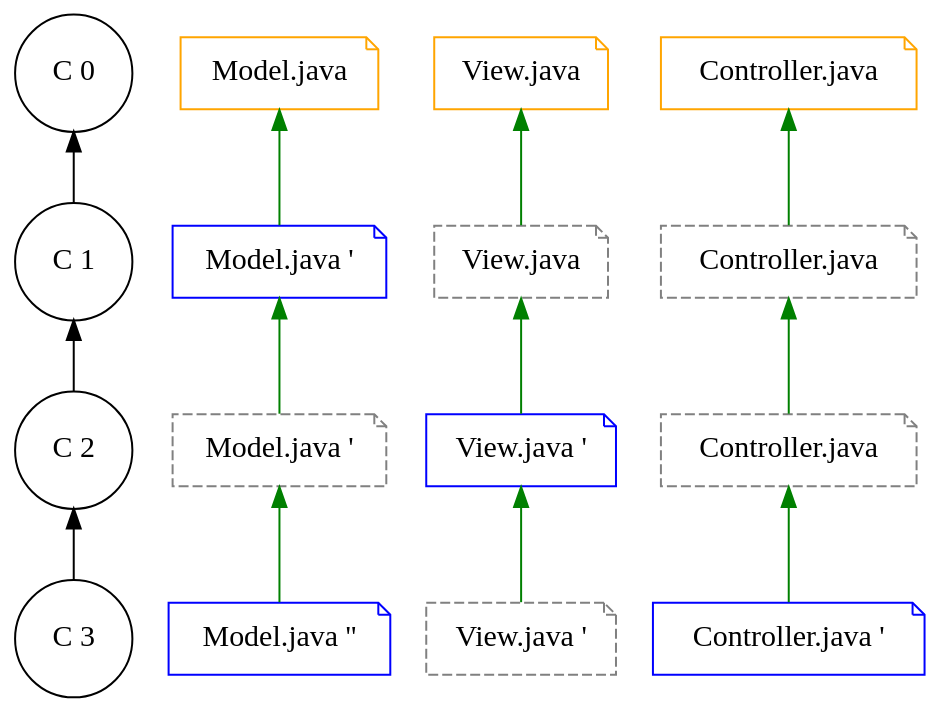
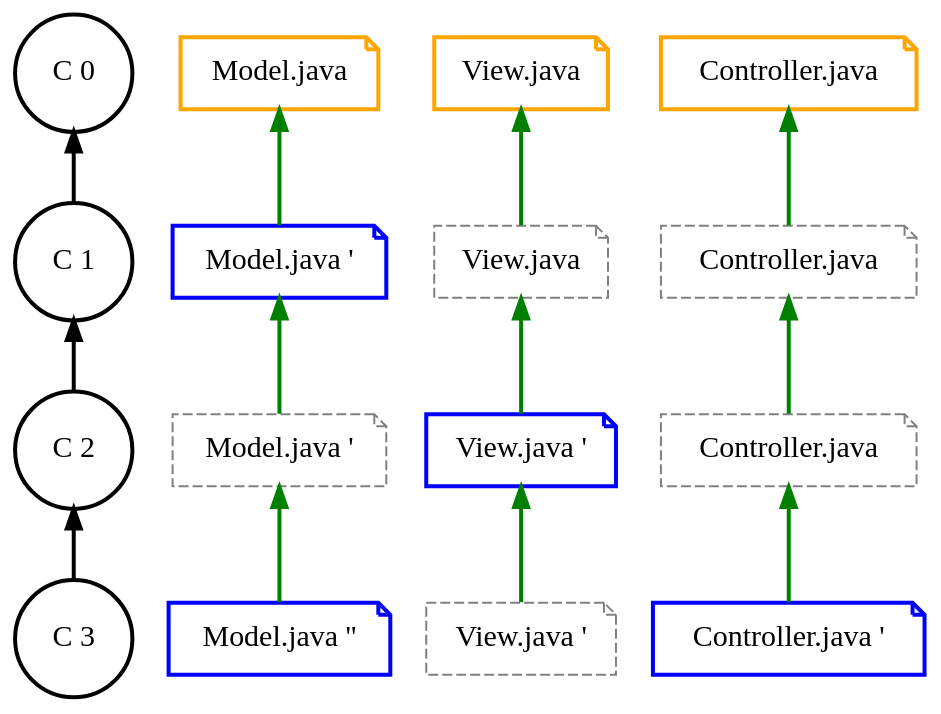
One commit to Gepardec/git-training changed the diagram in slides/intro/src/docs/asciidoc/graphviz/git-data-storage.dot. Above: the diagram before and after it, drawn with Graphviz. The commit also changed 31 other files, not shown here.

Commit message:
Removed unused graphviz files. Modified all graphviz graphs to use bold nodes and arrows. Little changes in slides

```diff
--- a/slides/intro/src/docs/asciidoc/graphviz/git-data-storage.dot
+++ b/slides/intro/src/docs/asciidoc/graphviz/git-data-storage.dot
@@ -1,57 +1,57 @@
 digraph git_branch_model {
-  splines=line
-  rankdir="TB"
-  bgcolor="transparent"
+    splines=line
+    rankdir="TB"
+    bgcolor="transparent"
 
-  /* Commit node config */
-  edge[style="",  arrowhead=open]
-  node[style="",  fontsize=15.0, shape=circle]
+    /* Commit node config */
+    edge[style=bold,  arrowhead=open]
+    node[style=bold,  fontsize=15.0, shape=circle]
 
-  c_1 [label="C 0"]
-  c_2 [label="C 1"]
-  c_3 [label="C 2"]
-  c_4 [label="C 3"]
+    c_1 [label="C 0"]
+    c_2 [label="C 1"]
+    c_3 [label="C 2"]
+    c_4 [label="C 3"]
 
-  c_1 -> c_2 -> c_3 -> c_4 [dir=back]
+    c_1 -> c_2 -> c_3 -> c_4 [dir=back,style=bold]
 
-  /* File node config */
-  edge[style="",  arrowhead=open, dir=back]
-  node[style="",  fontsize=15.0, shape=note]
+    /* File node config */
+    edge[style=bold,  arrowhead=open, dir=back]
+    node[style=bold,  fontsize=15.0, shape=note]
 
-  /* initial nodes */
-  node[color=orange]
-  file_1 [label="Model.java", group="file_1"]
-  file_2 [label="View.java", group="file_2"]
-  file_3 [label="Controller.java", group="file_3"]
+    /* initial nodes */
+    node[color=orange]
+    file_1 [label="Model.java", group="file_1"]
+    file_2 [label="View.java", group="file_2"]
+    file_3 [label="Controller.java", group="file_3"]
 
-  /* changed nodes */
-  node[color="blue"]
-  file_1_ [label="Model.java '", group="file_1"]
-  file_2__ [label="View.java '", group="file_2"]
-  file_1___ [label="Model.java ''", group="file_1"]
-  file_3___ [label="Controller.java '", group="file_3"]
+    /* changed nodes */
+    node[color="blue"]
+    file_1_ [label="Model.java '", group="file_1"]
+    file_2__ [label="View.java '", group="file_2"]
+    file_1___ [label="Model.java ''", group="file_1"]
+    file_3___ [label="Controller.java '", group="file_3"]
 
-  /* reference nodes */
-  node[style=dashed,color=gray]
-  file_1__ [label="Model.java '", group="file_1"]
-  file_2_ [label="View.java", group="file_2"]
-  file_3_ [label="Controller.java", group="file_3"]
-  file_3__ [label="Controller.java", group="file_3"]
-  file_2___ [label="View.java '", group="file_2"]
+    /* reference nodes */
+    node[style=dashed,color=gray]
+    file_1__ [label="Model.java '", group="file_1"]
+    file_2_ [label="View.java", group="file_2"]
+    file_3_ [label="Controller.java", group="file_3"]
+    file_3__ [label="Controller.java", group="file_3"]
+    file_2___ [label="View.java '", group="file_2"]
 
-  edge[color=green]
-  /* 1. Commit */
-  file_1 -> file_1_ -> file_1__
+    edge[color=green,style=bold]
+    /* 1. Commit */
+    file_1 -> file_1_ -> file_1__
 
-  /* 2. Commit */
-  file_2 -> file_2_ -> file_2__ -> file_2___
+    /* 2. Commit */
+    file_2 -> file_2_ -> file_2__ -> file_2___
 
-  /* 3. Commit */
-  file_1__ -> file_1___
-  file_3 -> file_3_ -> file_3__ -> file_3___
+    /* 3. Commit */
+    file_1__ -> file_1___
+    file_3 -> file_3_ -> file_3__ -> file_3___
 
-  {rank=same; c_1 file_3 file_2 file_1}
-  {rank=same; c_2 file_1_}
-  {rank=same; c_3 file_2__}
-  {rank=same; c_4 file_1___ file_3___}
+    {rank=same; c_1 file_3 file_2 file_1}
+    {rank=same; c_2 file_1_}
+    {rank=same; c_3 file_2__}
+    {rank=same; c_4 file_1___ file_3___}
 }
```
